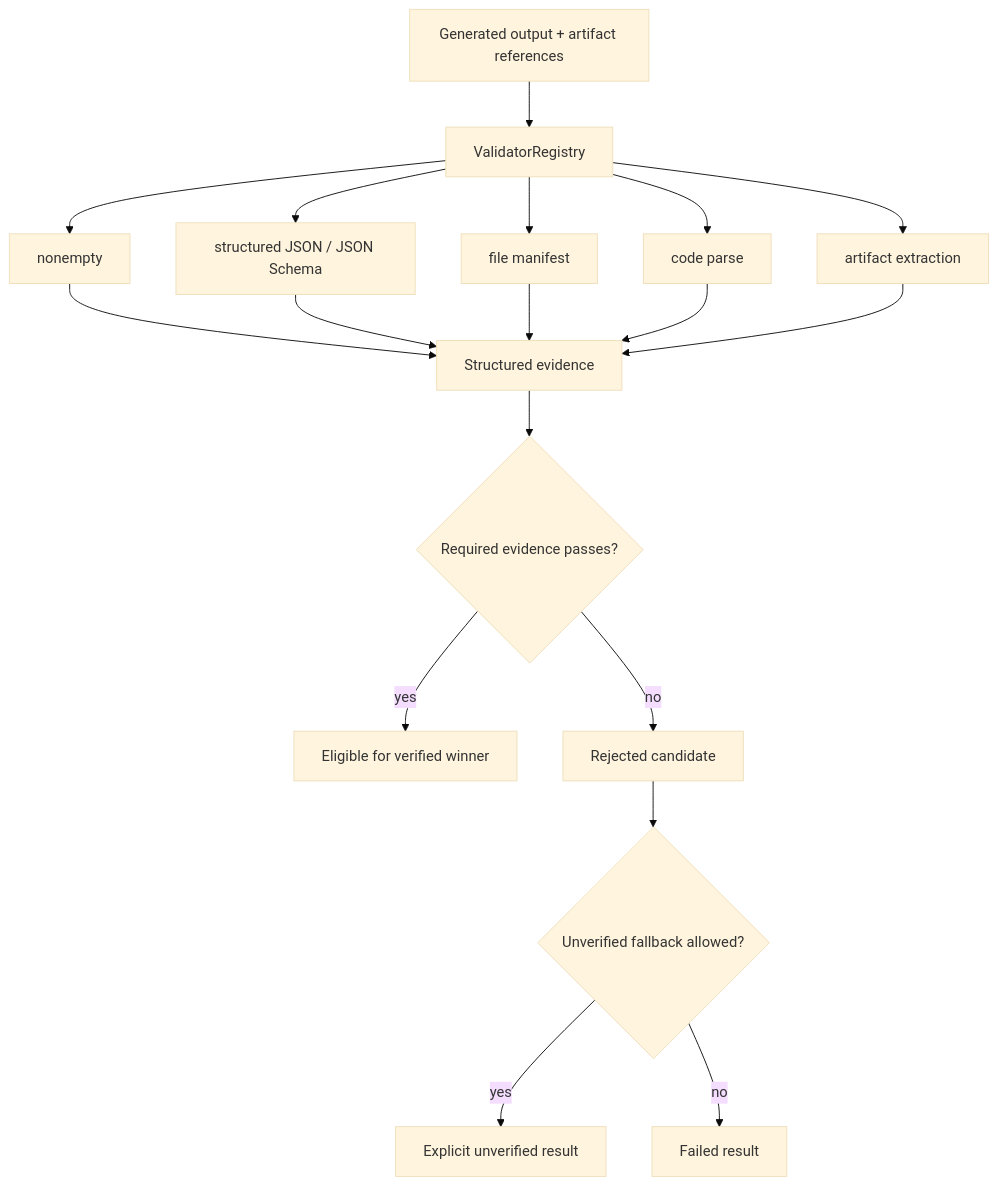
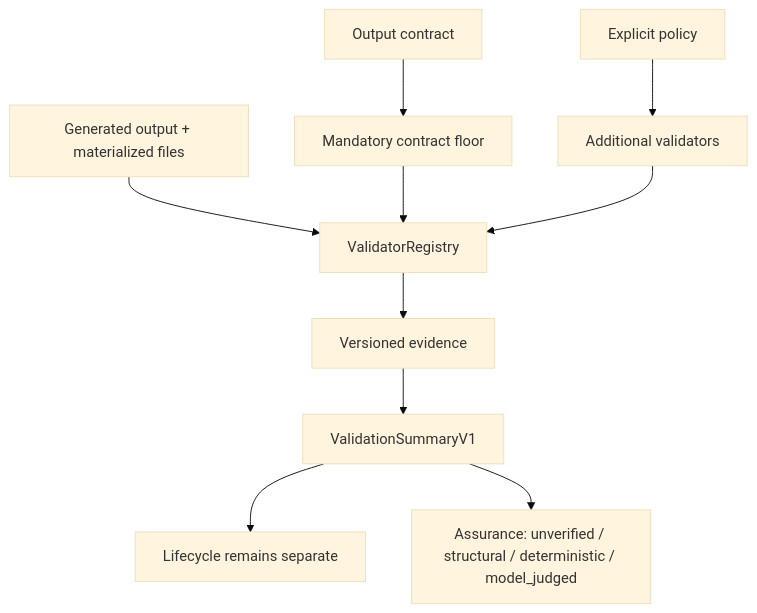
Before and after one commit to Jwrightsman/distributed-orchestrator: the seventh of 9 diagrams in docs/ARCHITECTURE.md, drawn with Mermaid (base theme). The commit also changed other lines of this file and 10 other files, not shown here.

````diff
--- a/docs/ARCHITECTURE.md
+++ b/docs/ARCHITECTURE.md
@@ -101,20 +185,12 @@
 ```mermaid
 flowchart TD
-    O[Generated output + artifact references] --> R[ValidatorRegistry]
-    R --> N[nonempty]
-    R --> J[structured JSON / JSON Schema]
-    R --> M[file manifest]
-    R --> C[code parse]
-    R --> A[artifact extraction]
-    N --> E[Structured evidence]
-    J --> E
-    M --> E
-    C --> E
-    A --> E
-    E --> G{Required evidence passes?}
-    G -->|yes| W[Eligible for verified winner]
-    G -->|no| X[Rejected candidate]
-    X --> U{Unverified fallback allowed?}
-    U -->|yes| H[Explicit unverified result]
-    U -->|no| F[Failed result]
+    O[Generated output + materialized files] --> R[ValidatorRegistry]
+    C[Output contract] --> F[Mandatory contract floor]
+    P[Explicit policy] --> X[Additional validators]
+    F --> R
+    X --> R
+    R --> E[Versioned evidence]
+    E --> S[ValidationSummaryV1]
+    S --> L[Lifecycle remains separate]
+    S --> A[Assurance: unverified / structural / deterministic / model_judged]
 ```
````
